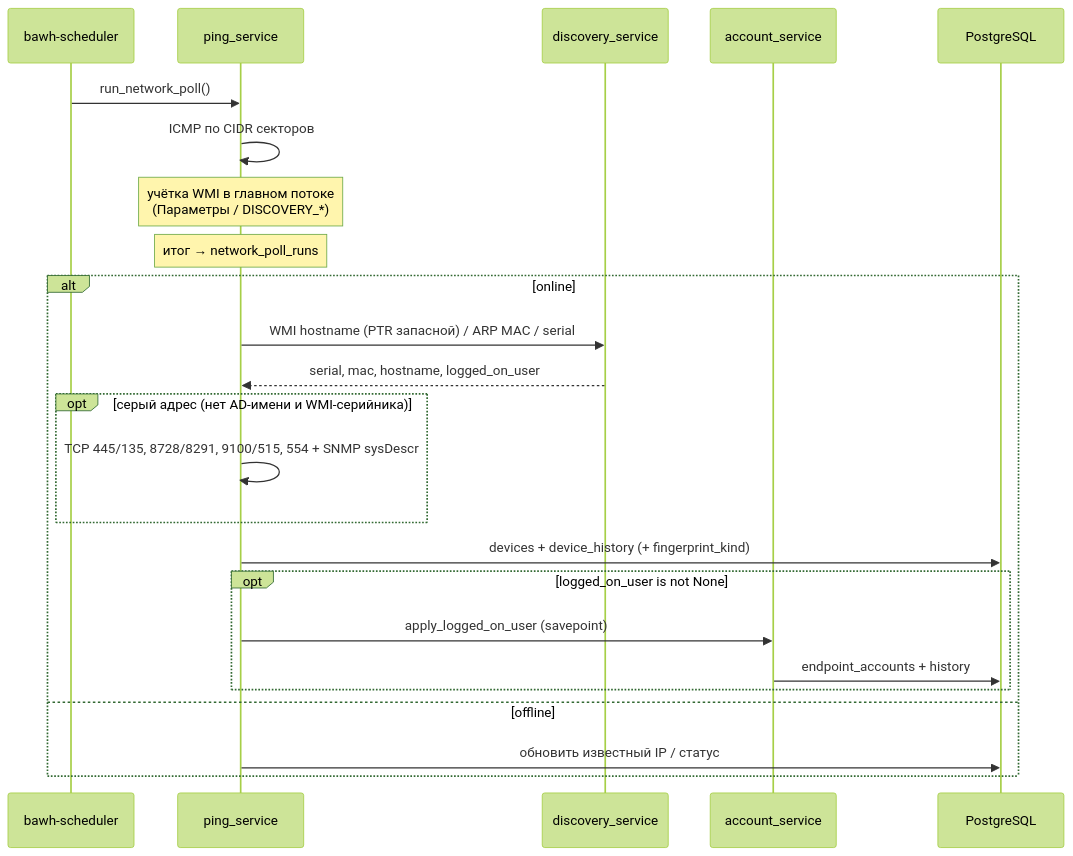
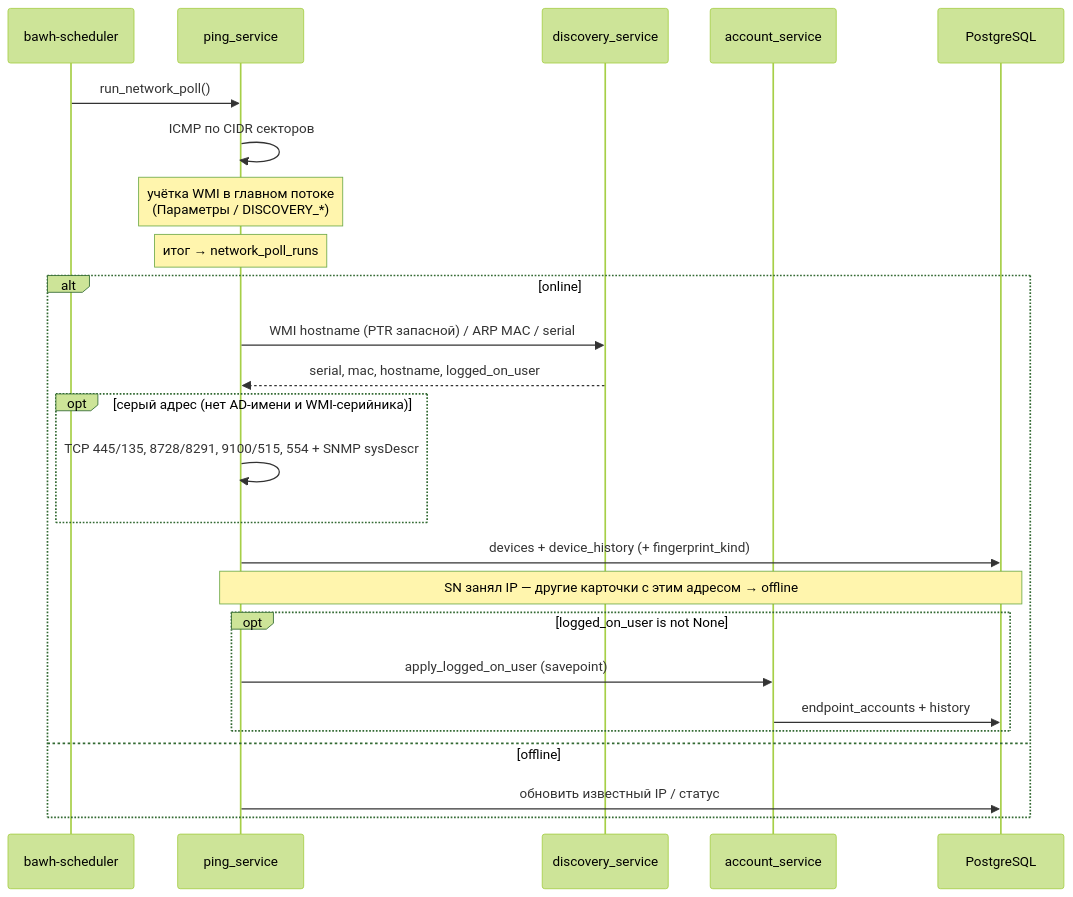
Before and after one commit to blazerity/admin-webhelper: the second of 2 diagrams in docs/ARCHITECTURE.md, drawn with Mermaid (forest theme). The commit also changed other lines of this file and 10 other files, not shown here.

````diff
--- a/docs/ARCHITECTURE.md
+++ b/docs/ARCHITECTURE.md
@@ -549,27 +549,28 @@
 ```mermaid
 sequenceDiagram
   participant Sch as bawh-scheduler
   participant Ping as ping_service
   participant Disc as discovery_service
   participant Acc as account_service
   participant DB as PostgreSQL
 
   Sch->>Ping: run_network_poll()
   Ping->>Ping: ICMP по CIDR секторов
   Note over Ping: учётка WMI в главном потоке<br/>(Параметры / DISCOVERY_*)
   Note over Ping: итог → network_poll_runs
   alt online
     Ping->>Disc: WMI hostname (PTR запасной) / ARP MAC / serial
     Disc-->>Ping: serial, mac, hostname, logged_on_user
     opt серый адрес (нет AD-имени и WMI-серийника)
       Ping->>Ping: TCP 445/135, 8728/8291, 9100/515, 554 + SNMP sysDescr
     end
     Ping->>DB: devices + device_history (+ fingerprint_kind)
+    Note over Ping,DB: SN занял IP — другие карточки с этим адресом → offline
     opt logged_on_user is not None
       Ping->>Acc: apply_logged_on_user (savepoint)
       Acc->>DB: endpoint_accounts + history
     end
   else offline
     Ping->>DB: обновить известный IP / статус
   end
 ```
````
